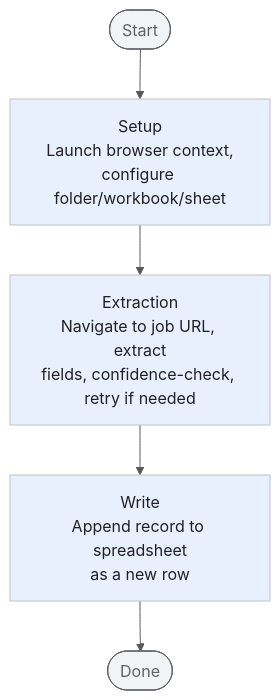
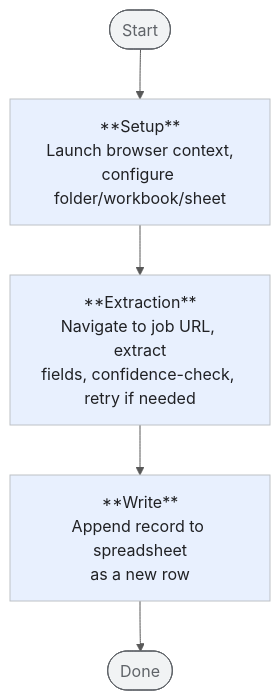
The diagram in README.md (cyprste2717218/job_advert_recorder_agent), drawn with Mermaid (base theme) before and after one commit. The commit also changed other lines of this file and 1 other file, not shown here.

Commit message:
Refer to config file as config.json and polish README/ARCHITECTURE prose

````diff
--- a/README.md
+++ b/README.md
@@ -37,15 +39,15 @@
 ```mermaid
 flowchart TD
-    Start([Start]) --> Setup["Setup\nLaunch browser context,\nconfigure folder/workbook/sheet"]
-    Setup --> Extract["Extraction\nNavigate to job URL, extract\nfields, confidence-check, retry if needed"]
-    Extract --> Write["Write\nAppend record to spreadsheet\nas a new row"]
+    Start([Start]) --> Setup["**Setup**\nLaunch browser context,\nconfigure folder/workbook/sheet"]
+    Setup --> Extract["**Extraction**\nNavigate to job URL, extract\nfields, confidence-check, retry if needed"]
+    Extract --> Write["**Write**\nAppend record to spreadsheet\nas a new row"]
     Write --> End([Done])
 
     classDef terminal fill:#f1f3f4,stroke:#5f6368,stroke-width:1px,color:#5f6368
     classDef process fill:#e8f0fe,stroke:#bdc1c6,stroke-width:1px,color:#202124
 
     class Start,End terminal
     class Setup,Extract,Write process
 
     linkStyle default stroke:#595959,stroke-width:1px
 ```
````
